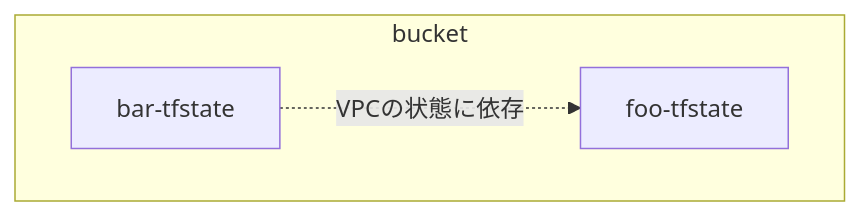
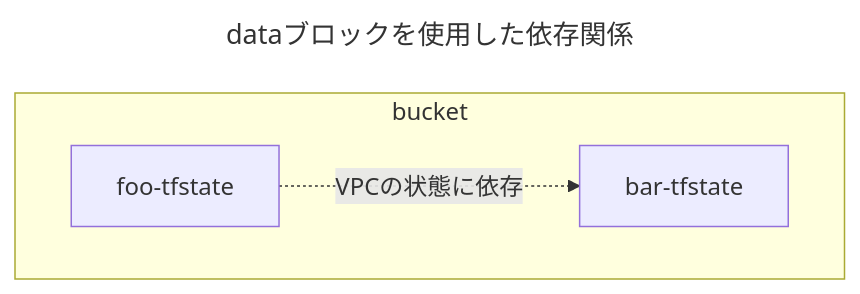
Before and after one commit to hiroki-it/hatenablog: the fourth of 12 diagrams in dist/draft/Terraformのtfstateファイルの分割手法.md, drawn with Mermaid. The commit also changed other lines of this file, not shown here.

````diff
--- a/dist/draft/Terraformのtfstateファイルの分割手法.md
+++ b/dist/draft/Terraformのtfstateファイルの分割手法.md
@@ -314,9 +324,12 @@
 ```mermaid
+---
+title: dataブロックを使用した依存関係
+---
 %%{init:{'theme':'natural'}}%%
 flowchart TD
     subgraph bucket
         Foo[foo-tfstate]
         Bar[bar-tfstate]
     end
-    Bar -. VPCの状態に依存 .-> Foo
+    Foo -. VPCの状態に依存 .-> Bar
 ```
````
